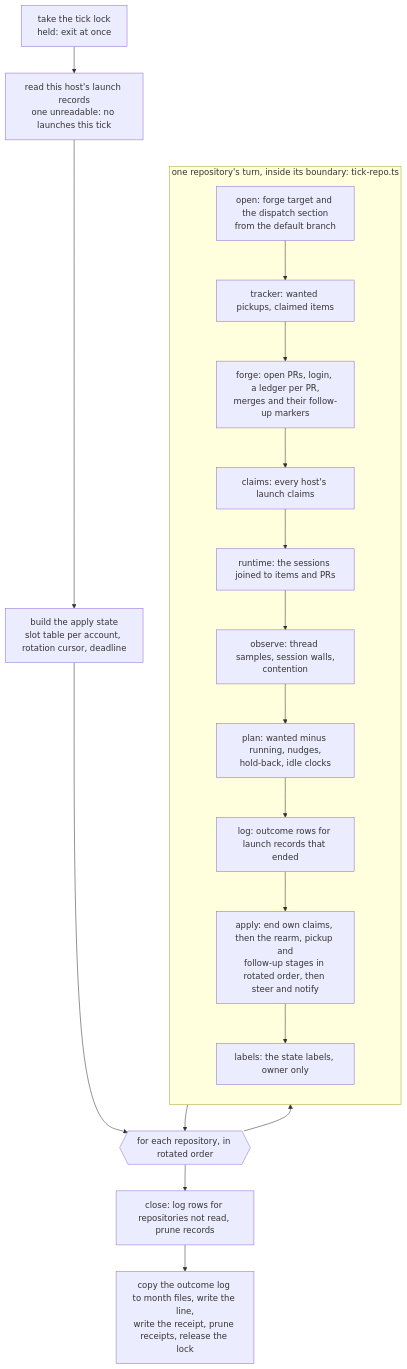
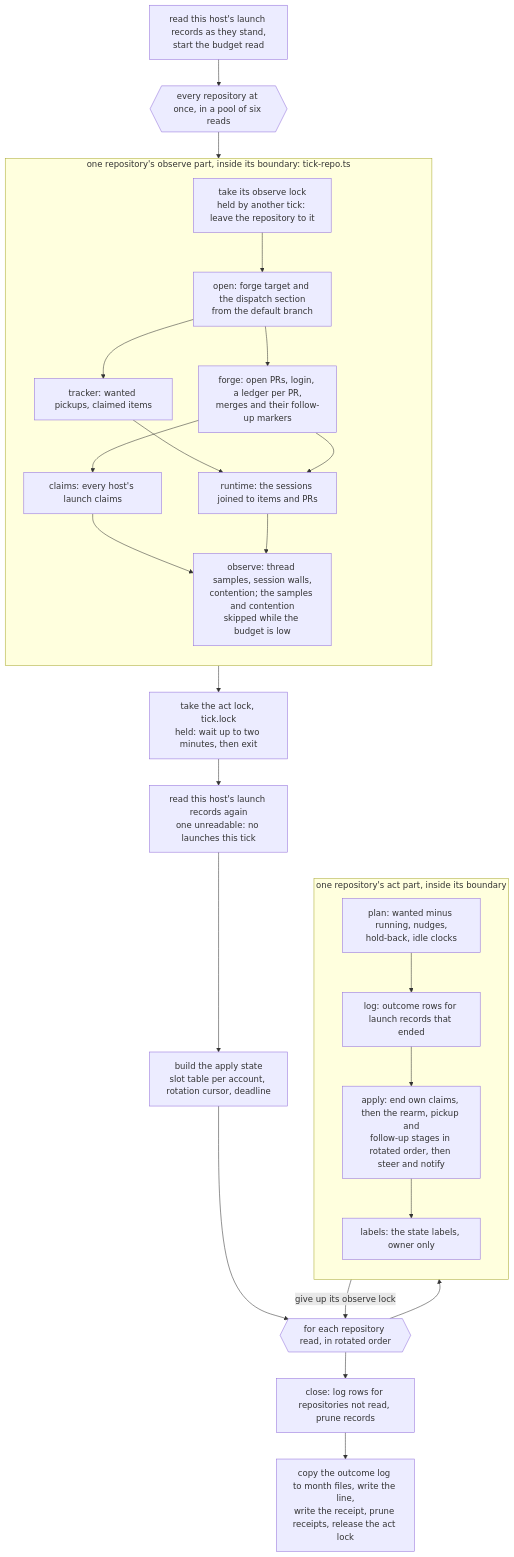
One commit to jig-harness/jig changed the second of 2 diagrams in design/dark-factory-dispatch.md. Above: the diagram before and after it, drawn with Mermaid. The commit also changed other lines of this file and 31 other files, not shown here.

First line of the commit message:
feat(dispatch): observe repositories concurrently, act on them in turn

````diff
--- a/design/dark-factory-dispatch.md
+++ b/design/dark-factory-dispatch.md
@@ -70,24 +77,35 @@
 ```mermaid
 flowchart TD
-  L[take the tick lock<br/>held: exit at once] --> R[read this host's launch records<br/>one unreadable: no launches this tick]
-  R --> A[build the apply state<br/>slot table per account, rotation cursor, deadline]
-  A --> LOOP{{for each repository, in rotated order}}
-  subgraph repo [one repository's turn, inside its boundary: tick-repo.ts]
+  S0[read this host's launch records as they stand,<br/>start the budget read] --> OBS{{every repository at once, in a pool of six reads}}
+  subgraph repo [one repository's observe part, inside its boundary: tick-repo.ts]
     direction TB
+    OL[take its observe lock<br/>held by another tick: leave the repository to it]
     O1[open: forge target and the dispatch section<br/>from the default branch]
     O2[tracker: wanted pickups, claimed items]
     O3[forge: open PRs, login, a ledger per PR,<br/>merges and their follow-up markers]
     O3b[claims: every host's launch claims]
     O4[runtime: the sessions joined to items and PRs]
-    C[observe: thread samples, session walls,<br/>contention]
+    C[observe: thread samples, session walls,<br/>contention; the samples and contention<br/>skipped while the budget is low]
+    OL --> O1 --> O2 & O3
+    O3 --> O3b
+    O2 & O3 --> O4
+    O3b & O4 --> C
+  end
+  OBS --> repo
+  repo --> AL[take the act lock, tick.lock<br/>held: wait up to two minutes, then exit]
+  AL --> R[read this host's launch records again<br/>one unreadable: no launches this tick]
+  R --> A[build the apply state<br/>slot table per account, rotation cursor, deadline]
+  A --> LOOP{{for each repository read, in rotated order}}
+  subgraph act [one repository's act part, inside its boundary]
+    direction TB
     P[plan: wanted minus running, nudges,<br/>hold-back, idle clocks]
     G[log: outcome rows for launch records that ended]
     X[apply: end own claims, then the rearm, pickup and<br/>follow-up stages in rotated order, then steer and notify]
     LB[labels: the state labels, owner only]
-    O1 --> O2 --> O3 --> O3b --> O4 --> C --> P --> G --> X --> LB
+    P --> G --> X --> LB
   end
-  LOOP --> repo
-  repo --> LOOP
-  LOOP --> S[close: log rows for repositories not read, prune records]
-  S --> E[copy the outcome log to month files, write the line,<br/>write the receipt, prune receipts, release the lock]
+  LOOP --> act
+  act -->|give up its observe lock| LOOP
+  LOOP --> CL[close: log rows for repositories not read, prune records]
+  CL --> E[copy the outcome log to month files, write the line,<br/>write the receipt, prune receipts, release the act lock]
 ```
````
